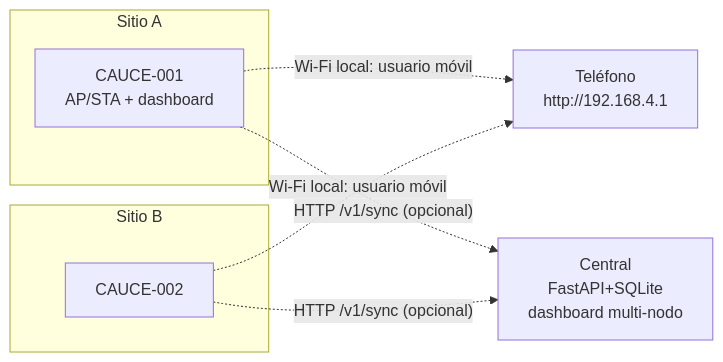
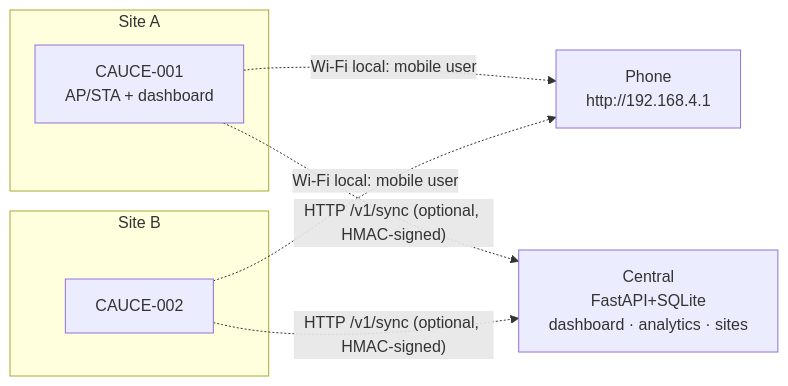
Before and after one commit to The-Meowpany/CAUCE: the third of 5 diagrams in TESIS_CAUSE_ALEXANDRA.md, drawn with Mermaid. The commit also changed other lines of this file and 113 other files, not shown here.

````diff
--- a/TESIS_CAUSE_ALEXANDRA.md
+++ b/TESIS_CAUSE_ALEXANDRA.md
@@ -183,11 +173,11 @@
 ```mermaid
 flowchart LR
-    subgraph SITE1["Sitio A"]
+    subgraph S1["Site A"]
         N1["CAUCE-001\nAP/STA + dashboard"]
     end
-    subgraph SITE2["Sitio B"]
+    subgraph S2["Site B"]
         N2["CAUCE-002"]
     end
-    N1 & N2 -. Wi-Fi local: usuario móvil .-> U["Teléfono\nhttp://192.168.4.1"]
-    N1 & N2 -. "HTTP /v1/sync (opcional)" .-> C["Central\nFastAPI+SQLite\ndashboard multi-nodo"]
+    N1 & N2 -. "Wi-Fi local: mobile user" .-> U["Phone\nhttp://192.168.4.1"]
+    N1 & N2 -. "HTTP /v1/sync (optional, HMAC-signed)" .-> C["Central\nFastAPI+SQLite\ndashboard · analytics · sites"]
 ```
````
